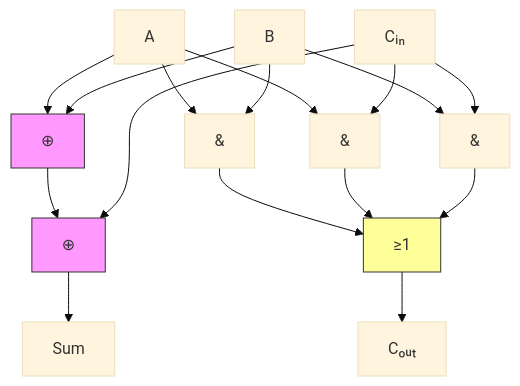
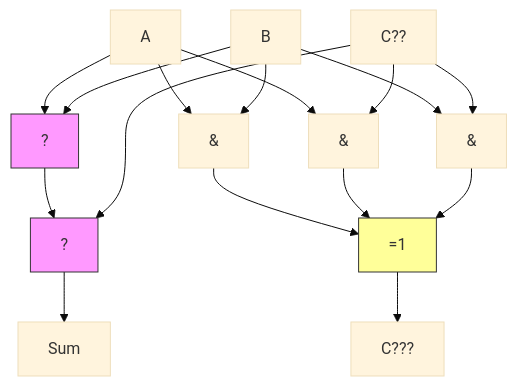
One commit to Raushan666java/ai-engineering-journey changed the third of 9 diagrams in docs/courses/digital-logic/05-combinational-circuits.md. Above: the diagram before and after it, drawn with Mermaid (base theme). The commit also changed other lines of this file and 790 other files, not shown here.

Commit message:
Sync all course diagram renders and content updates

````diff
--- a/docs/courses/digital-logic/05-combinational-circuits.md
+++ b/docs/courses/digital-logic/05-combinational-circuits.md
@@ -108,21 +108,21 @@
 ```mermaid
 graph TD
-    A[A] --> XOR1[⊕]
+    A[A] --> XOR1[?]
     B[B] --> XOR1
-    XOR1 --> XOR2[⊕]
-    Cin[Cᵢₙ] --> XOR2
+    XOR1 --> XOR2[?]
+    Cin[C??] --> XOR2
     XOR2 --> Sum[Sum]
     A --> AND1[&]
     B --> AND1
     A --> AND2[&]
     Cin --> AND2
     B --> AND3[&]
     Cin --> AND3
-    AND1 --> OR[≥1]
+    AND1 --> OR[=1]
     AND2 --> OR
     AND3 --> OR
-    OR --> Cout[Cₒᵤₜ]
+    OR --> Cout[C???]
     style XOR1 fill:#f9f,stroke:#333,stroke-width:1px
     style XOR2 fill:#f9f,stroke:#333,stroke-width:1px
     style OR fill:#ff9,stroke:#333,stroke-width:1px
 ```
````
